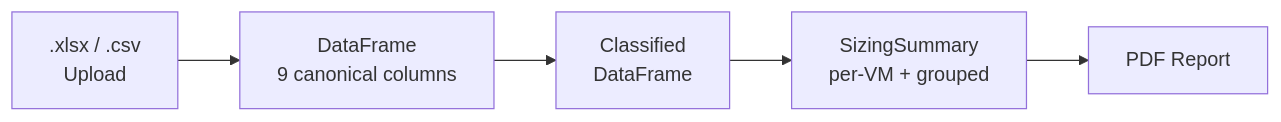
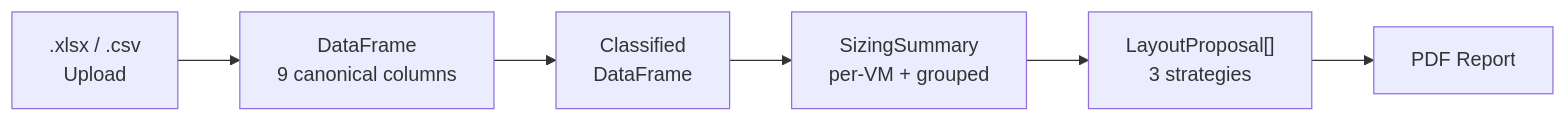
Before and after one commit to fjacquet/store-predict: the second of 3 diagrams in docs/architecture.md, drawn with Mermaid. The commit also changed other lines of this file and 1 other file, not shown here.

First line of the commit message:
docs(15-02): update architecture.md and CHANGELOG.md for layout engine

````diff
--- a/docs/architecture.md
+++ b/docs/architecture.md
@@ -43,7 +47,8 @@
 ```mermaid
 flowchart LR
     A[".xlsx / .csv<br/>Upload"] --> B["DataFrame<br/>9 canonical columns"]
     B --> C["Classified<br/>DataFrame"]
     C --> D["SizingSummary<br/>per-VM + grouped"]
-    D --> E["PDF Report"]
+    D --> E1["LayoutProposal[]<br/>3 strategies"]
+    E1 --> E["PDF Report"]
 ```
````
